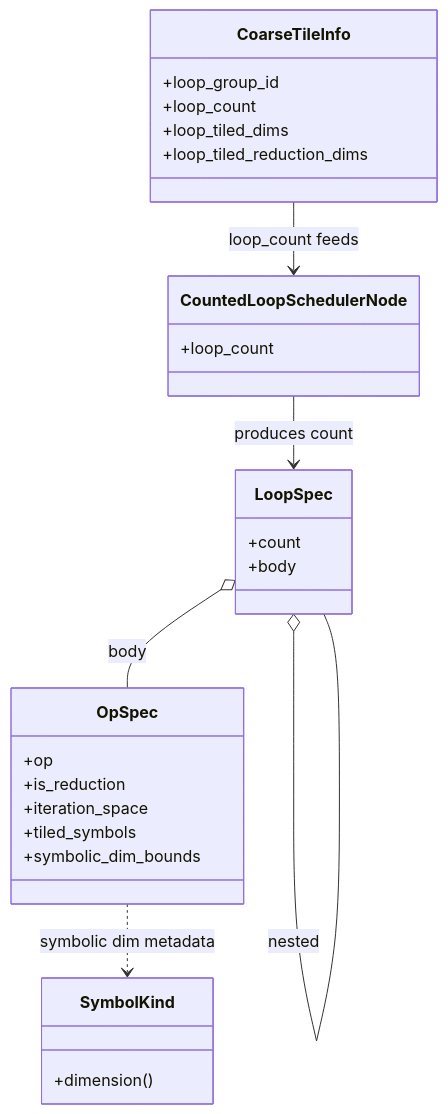
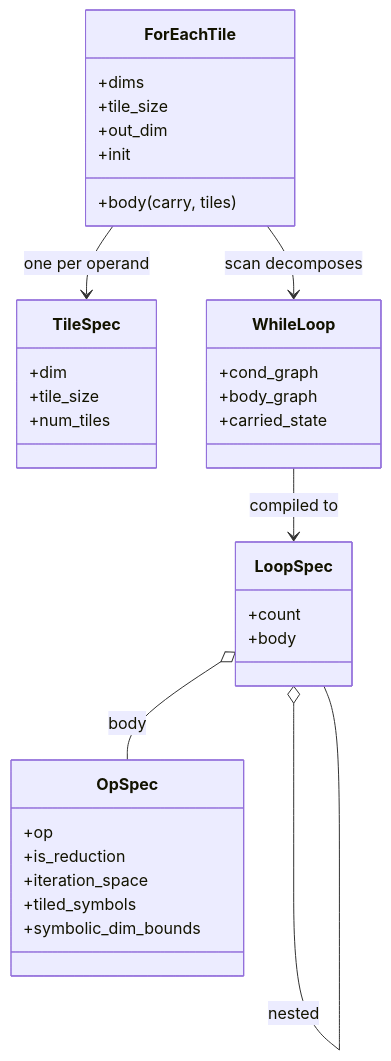
Before and after one commit to Vivek1258/torch-spyre: the fourth of 8 diagrams in docs/source/architecture/Symbolic_Shapes_HLD.md, drawn with Mermaid. The commit also changed other lines of this file, not shown here.

````diff
--- a/docs/source/architecture/Symbolic_Shapes_HLD.md
+++ b/docs/source/architecture/Symbolic_Shapes_HLD.md
@@ -110,31 +198,36 @@
 ```mermaid
 classDiagram
-  class CoarseTileInfo {
-    +loop_group_id
-    +loop_count
-    +loop_tiled_dims
-    +loop_tiled_reduction_dims
+  class ForEachTile {
+    +body(carry, tiles)
+    +dims
+    +tile_size
+    +out_dim
+    +init
   }
-  class CountedLoopSchedulerNode {
-    +loop_count
+  class TileSpec {
+    +dim
+    +tile_size
+    +num_tiles
+  }
+  class WhileLoop {
+    +cond_graph
+    +body_graph
+    +carried_state
+  }
+  class LoopSpec {
+    +count
+    +body
   }
   class OpSpec {
     +op
     +is_reduction
     +iteration_space
     +tiled_symbols
     +symbolic_dim_bounds
   }
-  class LoopSpec {
-    +count
-    +body
-  }
-  class SymbolKind {
-    +dimension()
-  }
-  CoarseTileInfo --> CountedLoopSchedulerNode : loop_count feeds
-  CountedLoopSchedulerNode --> LoopSpec : produces count
+  ForEachTile --> TileSpec : one per operand
+  ForEachTile --> WhileLoop : scan decomposes
+  WhileLoop --> LoopSpec : compiled to
   LoopSpec o-- OpSpec : body
   LoopSpec o-- LoopSpec : nested
-  OpSpec ..> SymbolKind : symbolic dim metadata
 ```
````
